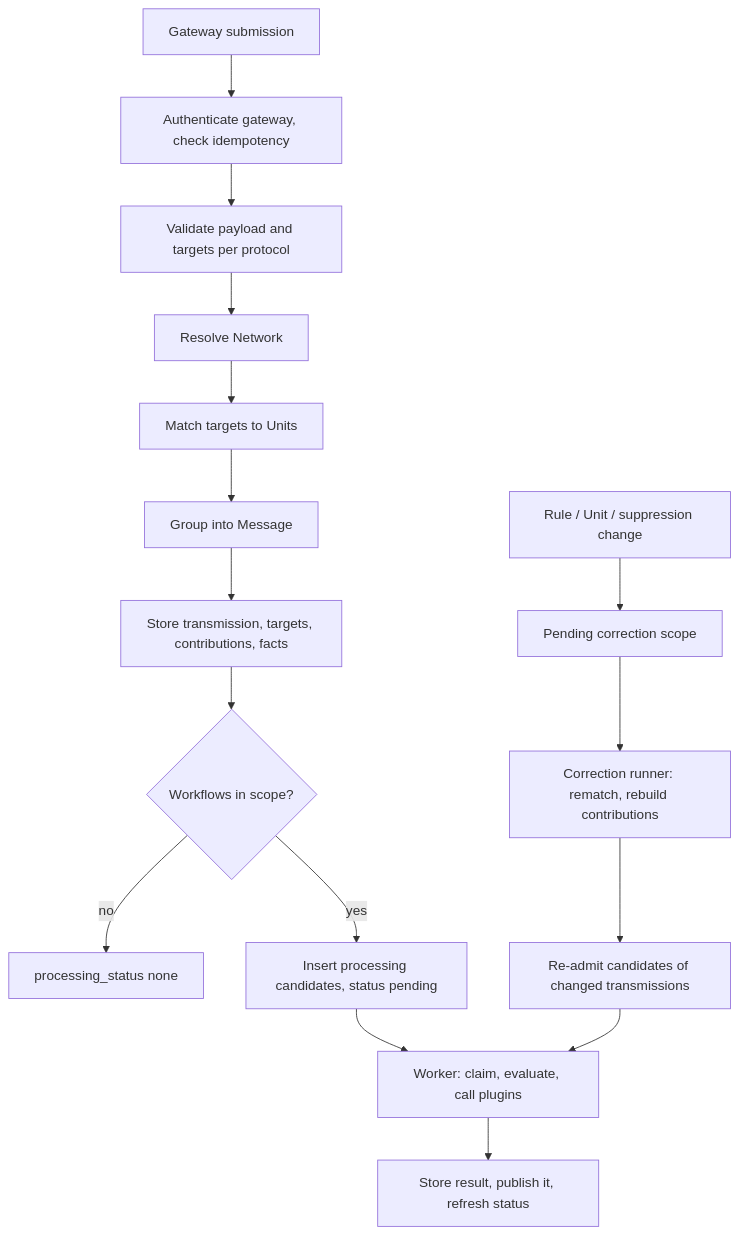
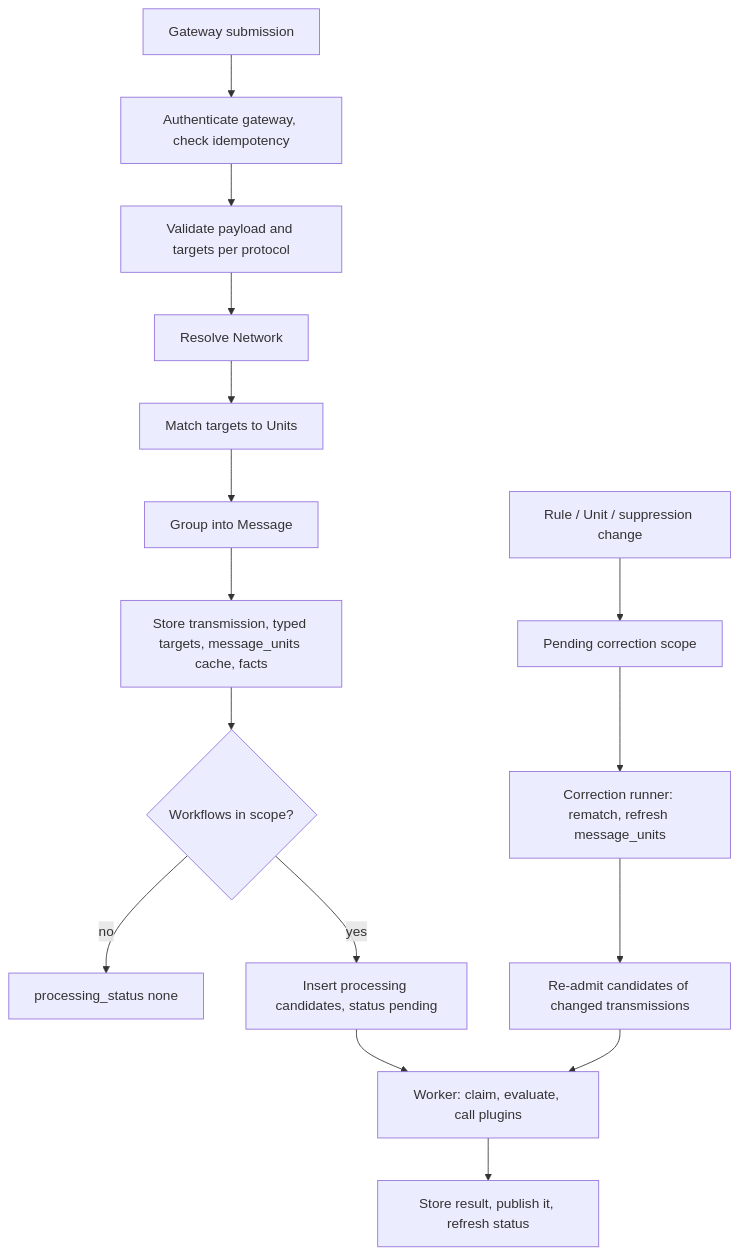
The second of 6 diagrams in docs/architecture.md (gopager/gopager), drawn with Mermaid before and after one commit. The commit also changed other lines of this file and 51 other files, not shown here.

First line of the commit message:
D-135 step 5b: typed target columns and the message_units cache

````diff
--- a/docs/architecture.md
+++ b/docs/architecture.md
@@ -40,18 +40,18 @@
 ```mermaid
 flowchart TD
     A[Gateway submission] --> B[Authenticate gateway, check idempotency]
     B --> C[Validate payload and targets per protocol]
     C --> D[Resolve Network]
     D --> E[Match targets to Units]
     E --> F[Group into Message]
-    F --> G[Store transmission, targets, contributions, facts]
+    F --> G[Store transmission, typed targets, message_units cache, facts]
     G --> H{Workflows in scope?}
     H -- no --> N[processing_status none]
     H -- yes --> I[Insert processing candidates, status pending]
     I --> J[Worker: claim, evaluate, call plugins]
     J --> K[Store result, publish it, refresh status]
     R[Rule / Unit / suppression change] --> S[Pending correction scope]
-    S --> T[Correction runner: rematch, rebuild contributions]
+    S --> T[Correction runner: rematch, refresh message_units]
     T --> U[Re-admit candidates of changed transmissions]
     U --> J
 ```
````
